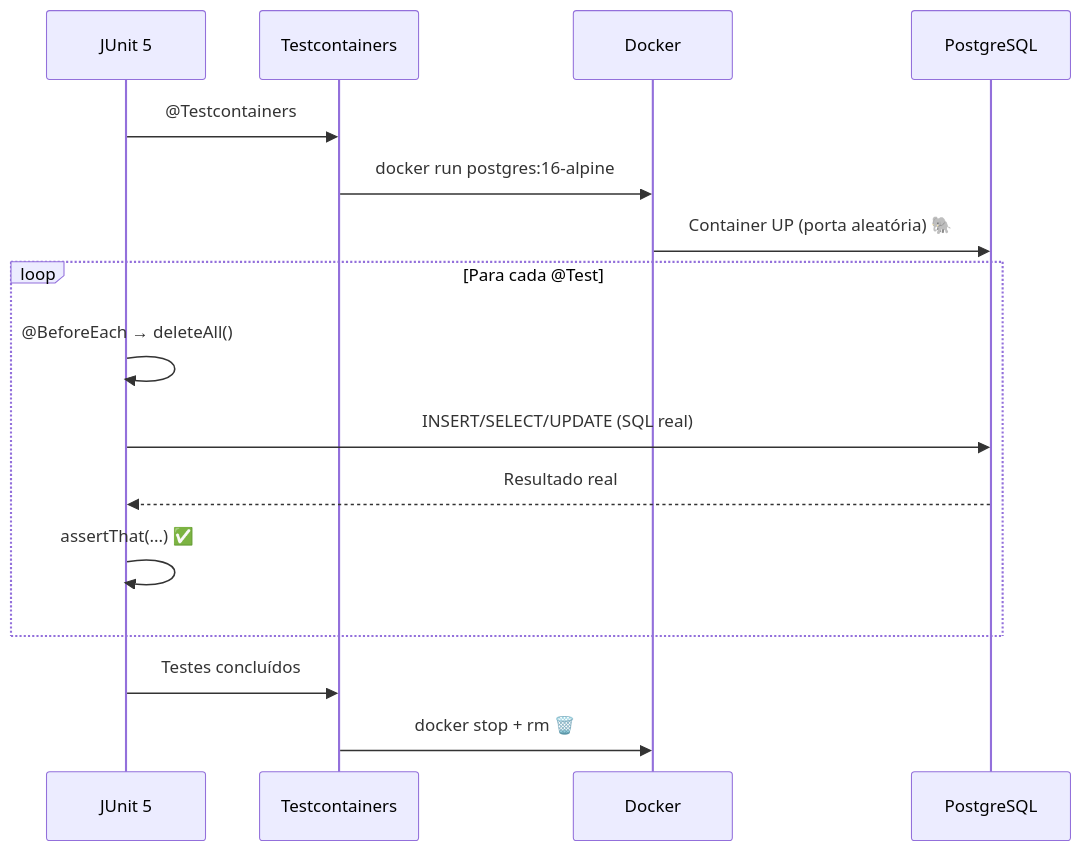
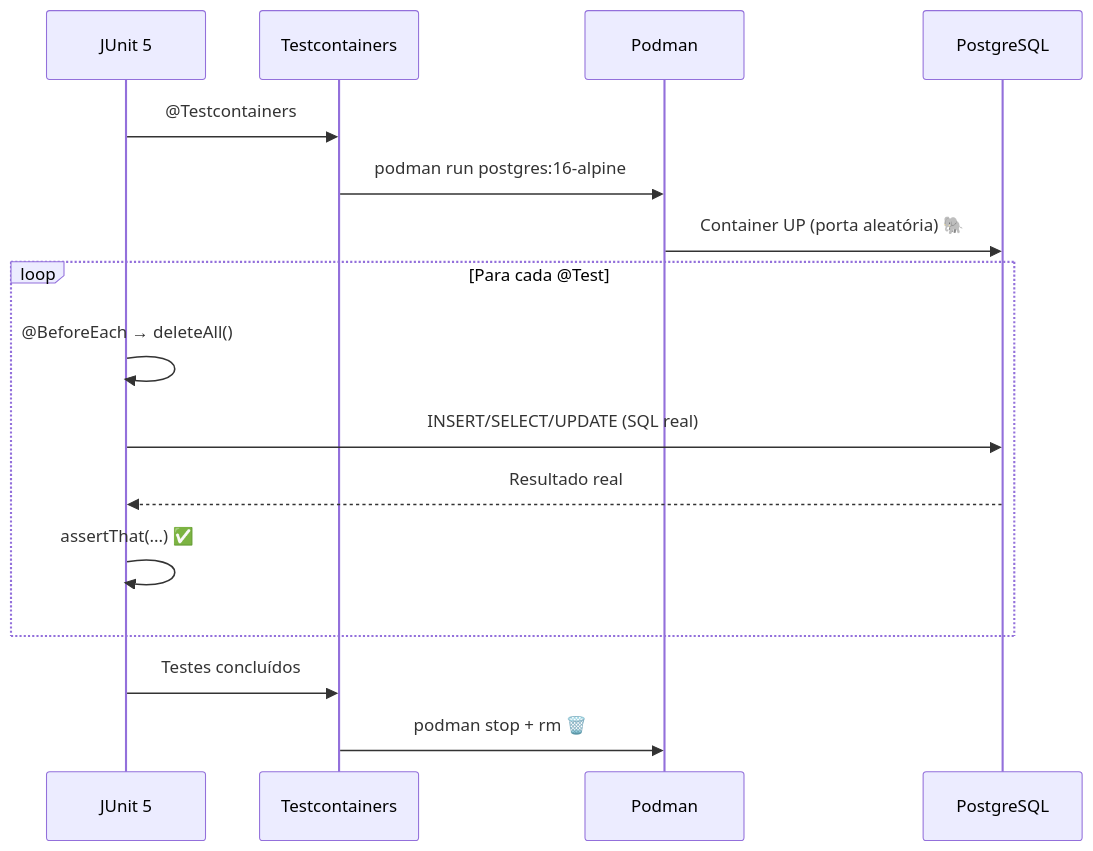
One commit to deusemarjunior/trein-java-intermed changed the fourth of 11 diagrams in dia-04/slide-11.md. Above: the diagram before and after it, drawn with Mermaid. The commit also changed other lines of this file and 100 other files, not shown here.

Commit message:
removendo docker adicionando podman

````diff
--- a/dia-04/slide-11.md
+++ b/dia-04/slide-11.md
@@ -144,21 +144,21 @@
 ```mermaid
 sequenceDiagram
     participant JUnit as JUnit 5
     participant TC as Testcontainers
-    participant Docker as Docker
+    participant Podman as Podman
     participant PG as PostgreSQL
 
     JUnit->>TC: @Testcontainers
-    TC->>Docker: docker run postgres:16-alpine
-    Docker->>PG: Container UP (porta aleatória) 🐘
+    TC->>Podman: podman run postgres:16-alpine
+    Podman->>PG: Container UP (porta aleatória) 🐘
     
     loop Para cada @Test
         JUnit->>JUnit: @BeforeEach → deleteAll()
         JUnit->>PG: INSERT/SELECT/UPDATE (SQL real)
         PG-->>JUnit: Resultado real
         JUnit->>JUnit: assertThat(...) ✅
     end
 
     JUnit->>TC: Testes concluídos
-    TC->>Docker: docker stop + rm 🗑️
+    TC->>Podman: podman stop + rm 🗑️
 ```
````
